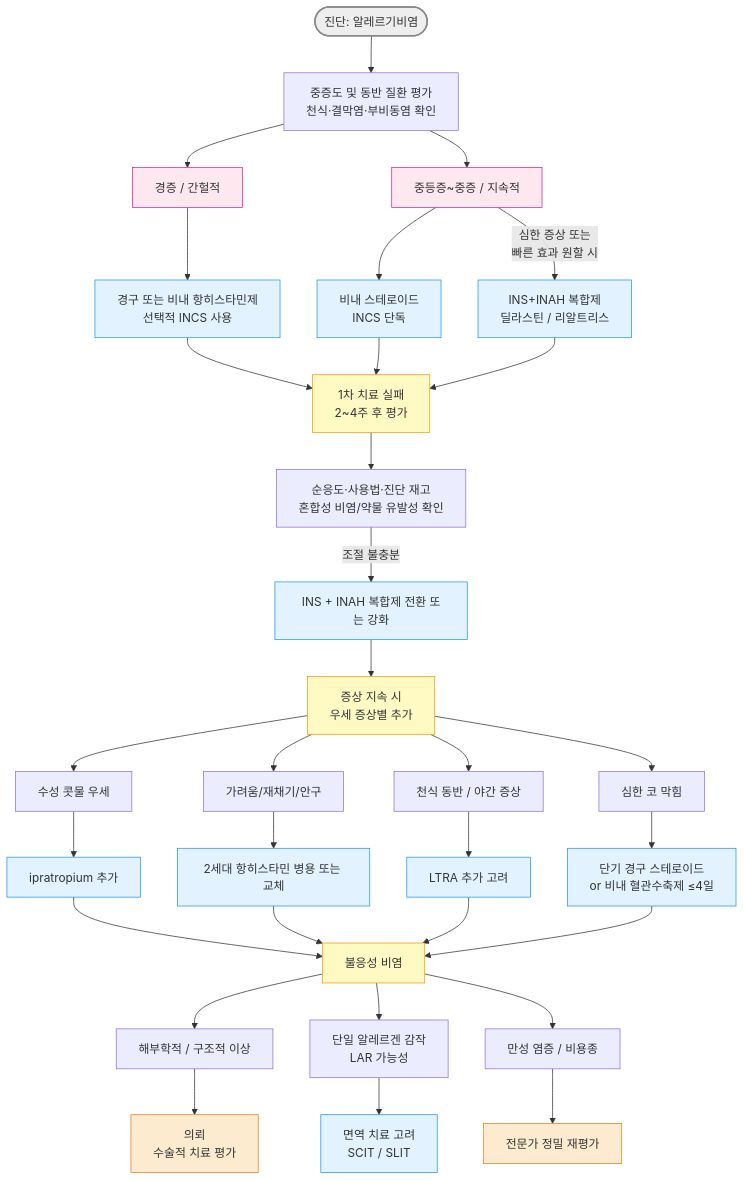
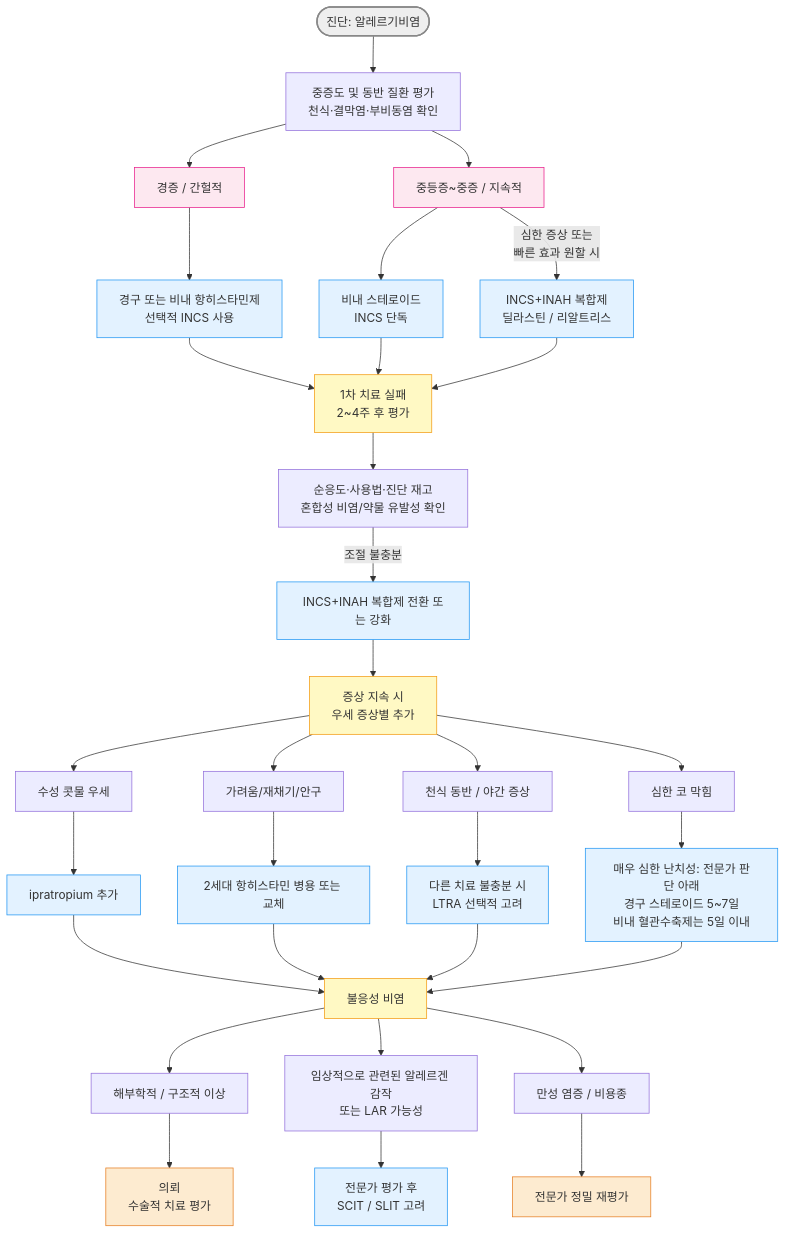
One commit to familyoh77/familyoh77 changed the diagram in 222_/051_-allergic-rhinitis.md. Above: the diagram before and after it, drawn with Mermaid. The commit also changed other lines of this file, not shown here.

````diff
--- a/222_/051_-allergic-rhinitis.md
+++ b/222_/051_-allergic-rhinitis.md
@@ -165,59 +177,74 @@
 ```mermaid
 graph TD
     %% 초기 평가 및 분류
     Start([진단: 알레르기비염]) --> Assess[중증도 및 동반 질환 평가<br/>천식·결막염·부비동염 확인]
 
     Assess --> Mild[경증 / 간헐적]
     Assess --> ModSev[중등증~중증 / 지속적]
 
     %% 경증 치료 경로
     Mild --> AH[경구 또는 비내 항히스타민제<br/>선택적 INCS 사용]
 
     %% 중등증-중증 치료 경로
-    ModSev --> INS[비내 스테로이드<br/>INCS 단독]
-    ModSev --> |심한 증상 또는<br/>빠른 효과 원할 시| Combo0[INS+INAH 복합제<br/>딜라스틴 / 리알트리스]
+    ModSev --> INCS0[비내 스테로이드<br/>INCS 단독]
+    ModSev --> |심한 증상 또는<br/>빠른 효과 원할 시| Combo0[INCS+INAH 복합제<br/>딜라스틴 / 리알트리스]
 
     %% 1차 치료 실패 시 공통 경로
     AH --> Fail1
-    INS --> Fail1
+    INCS0 --> Fail1
     Combo0 --> Fail1
 
     Fail1[1차 치료 실패<br/>2~4주 후 평가] --> Check1[순응도·사용법·진단 재고<br/>혼합성 비염/약물 유발성 확인]
 
-    Check1 --> |조절 불충분| Combine[INS + INAH 복합제 전환 또는 강화]
+    Check1 --> |조절 불충분| Combine[INCS+INAH 복합제 전환 또는 강화]
 
     %% 세부 증상별 추가 전략
     Combine --> Fail2[증상 지속 시<br/>우세 증상별 추가]
 
     Fail2 --> Symptom1[수성 콧물 우세]
     Fail2 --> Symptom2[가려움/재채기/안구]
     Fail2 --> Symptom3[천식 동반 / 야간 증상]
     Fail2 --> Symptom4[심한 코 막힘]
 
     Symptom1 --> Tx1[ipratropium 추가]
     Symptom2 --> Tx2[2세대 항히스타민 병용 또는 교체]
-    Symptom3 --> Tx3[LTRA 추가 고려]
-    Symptom4 --> Tx4[단기 경구 스테로이드<br/>or 비내 혈관수축제 ≤4일]
+    Symptom3 --> Tx3[다른 치료 불충분 시<br/>LTRA 선택적 고려]
+    Symptom4 --> Tx4[매우 심한 난치성: 전문가 판단 아래<br/>경구 스테로이드 5~7일<br/>비내 혈관수축제는 5일 이내]
 
     %% 최종 단계 및 의뢰
-    Tx1 & Tx2 & Tx3 & Tx4 --> Fail3[불응성 비염]
+    Tx1 --> Fail3[불응성 비염]
+    Tx2 --> Fail3
+    Tx3 --> Fail3
+    Tx4 --> Fail3
 
     Fail3 --> Cause1[해부학적 / 구조적 이상]
-    Fail3 --> Cause2[단일 알레르겐 감작<br/>LAR 가능성]
+    Fail3 --> Cause2[임상적으로 관련된 알레르겐 감작<br/>또는 LAR 가능성]
     Fail3 --> Cause3[만성 염증 / 비용종]
 
     Cause1 --> Final1[의뢰<br/>수술적 치료 평가]
-    Cause2 --> Final2[면역 치료 고려<br/>SCIT / SLIT]
+    Cause2 --> Final2[전문가 평가 후<br/>SCIT / SLIT 고려]
     Cause3 --> Final3[전문가 정밀 재평가]
-    
+
     style Start fill:#eeeeee,stroke:#888888,stroke-width:2px
     classDef yellow fill:#fff9c4,stroke:#f39c12
-    class Fail1,Fail2,Fail3 yellow
+    class Fail1 yellow
+    class Fail2 yellow
+    class Fail3 yellow
     classDef sky fill:#e3f2ff,stroke:#2196f3
-    class INS,Combine,Tx1,Tx2,Tx3,Tx4,AH,Combo0,Final2 sky
+    class INCS0 sky
+    class Combine sky
+    class Tx1 sky
+    class Tx2 sky
+    class Tx3 sky
+    class Tx4 sky
+    class AH sky
+    class Combo0 sky
+    class Final2 sky
     classDef orange fill:#fdebd0,stroke:#e67e22
-    class Final1,Final3 orange
+    class Final1 orange
+    class Final3 orange
     classDef pink fill:#fde8f0,stroke:#e91e8c
-    class Mild,ModSev pink
-    
+    class Mild pink
+    class ModSev pink
+
 ```
````
